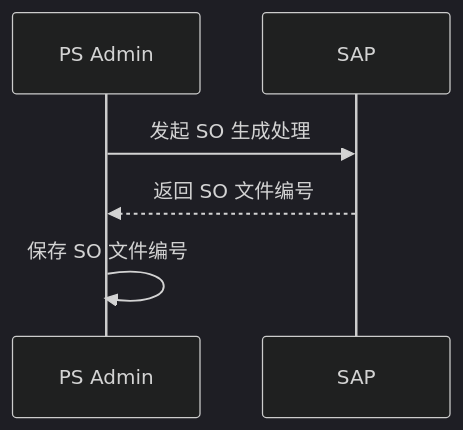
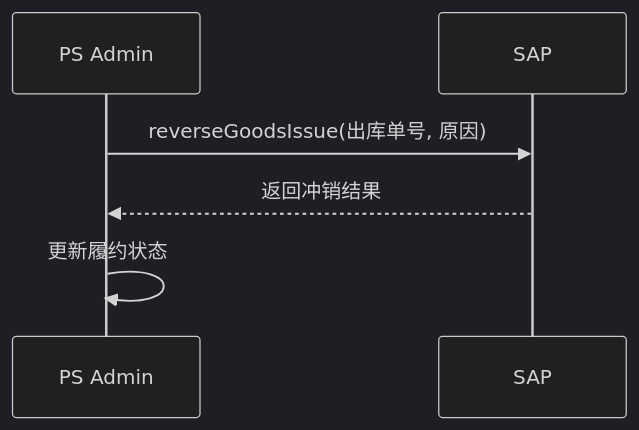
Before and after one commit to guguohai/gmps: diagram 30 of 38 in 文档/GM系统需求说明.md, drawn with Mermaid (dark theme). The commit also changed other lines of this file, not shown here.

````diff
--- a/文档/GM系统需求说明.md
+++ b/文档/GM系统需求说明.md
@@ -1046,9 +1044,9 @@
 ```mermaid
 sequenceDiagram
-participant A as PS Admin
-participant S as SAP
+    participant PS as PS Admin
+    participant SAP as SAP
 
-A ->> S: 发起 SO 生成处理
-S -->> A: 返回 SO 文件编号
-A ->> A: 保存 SO 文件编号
+    PS->>SAP: reverseGoodsIssue(出库单号, 原因)
+    SAP-->>PS: 返回冲销结果
+    PS->>PS: 更新履约状态
 ```
````
